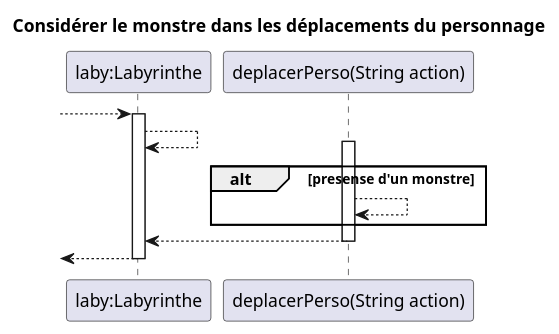
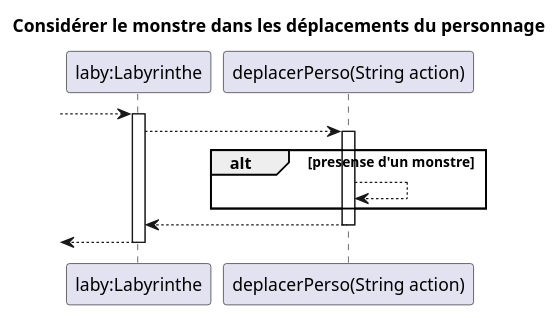
One commit to Jean-BaptisteEvan/2022_Zeldiablo_jeandidi3u_hary16u_jeanbap14u_dirand13u changed the diagram in zeldiablo/documents/version_2/diag_seq_consid_dep_perso.puml. Above: the diagram before and after it, drawn with PlantUML.

Commit message:
erreur dans le diagramme sequence

```diff
--- a/zeldiablo/documents/version_2/diag_seq_consid_dep_perso.puml
+++ b/zeldiablo/documents/version_2/diag_seq_consid_dep_perso.puml
@@ -1,19 +1,19 @@
 @startuml
 
 title Considérer le monstre dans les déplacements du personnage
 participant "laby:Labyrinthe" as laby
 participant "deplacerPerso(String action)" as deplacerPerso
 --> laby
 activate laby
-  laby --> laby
+  laby --> deplacerPerso
     activate deplacerPerso
       alt presense d'un monstre
         deplacerPerso --> deplacerPerso
       end
       laby <-- deplacerPerso
     deactivate deplacerPerso
   <-- laby  
 deactivate laby
 
 
 @enduml
```
